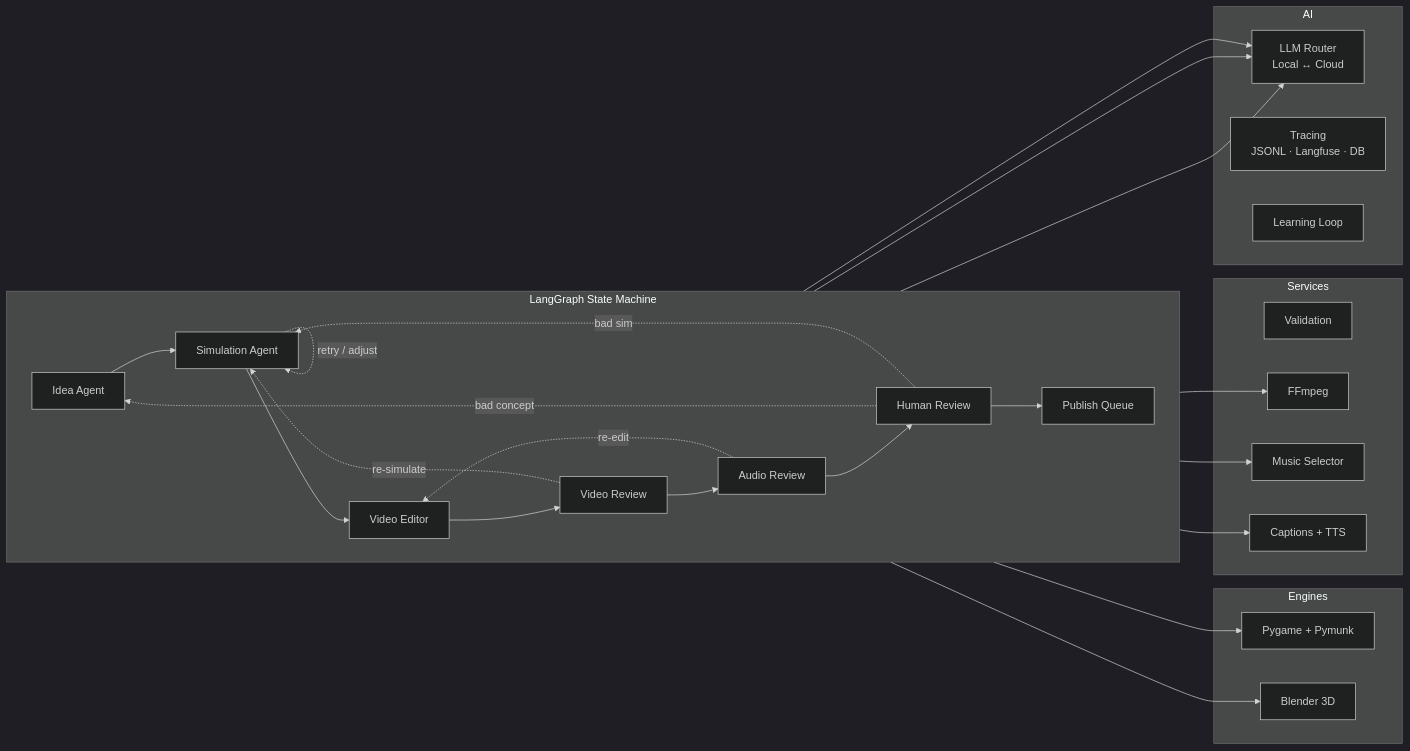
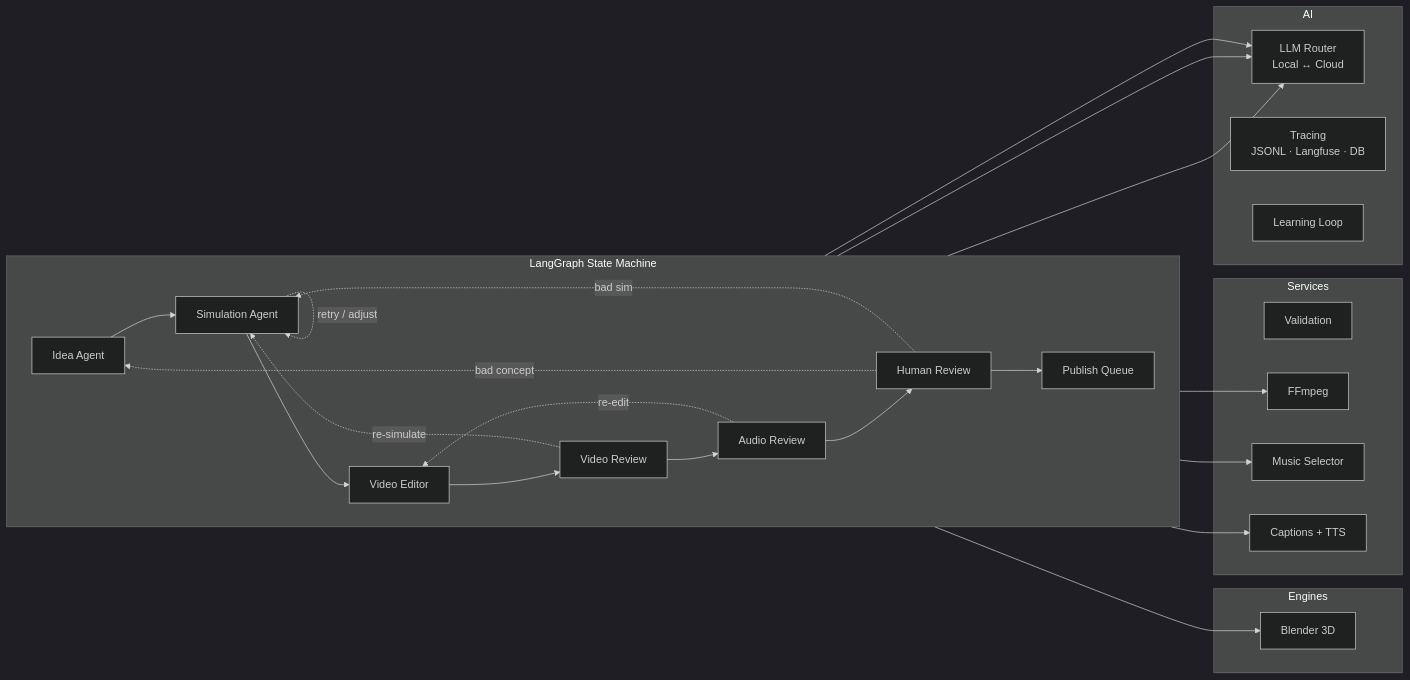
The diagram in README.md (thedebasser/kairos-agent), drawn with Mermaid (dark theme) before and after one commit. The commit also changed other lines of this file and 10 other files, not shown here.

````diff
--- a/README.md
+++ b/README.md
@@ -24,45 +24,43 @@
 ```mermaid
 graph LR
     subgraph Orchestrator["LangGraph State Machine"]
         direction LR
         IA[Idea Agent] --> SA[Simulation Agent]
         SA --> VE[Video Editor]
         VE --> VR[Video Review]
         VR --> AR[Audio Review]
         AR --> HR[Human Review]
         HR --> PQ[Publish Queue]
     end
 
     SA -. "retry / adjust" .-> SA
     VR -. "re-simulate" .-> SA
     AR -. "re-edit" .-> VE
     HR -. "bad concept" .-> IA
     HR -. "bad sim" .-> SA
 
     subgraph Engines
-        PM[Pygame + Pymunk]
         BL[Blender 3D]
     end
 
     subgraph Services
         VAL[Validation]
         FF[FFmpeg]
         MUS[Music Selector]
         CAP[Captions + TTS]
     end
 
     subgraph AI
         LLM[LLM Router<br/>Local ↔ Cloud]
         TR[Tracing<br/>JSONL · Langfuse · DB]
         LL[Learning Loop]
     end
 
-    SA --> PM
     SA --> BL
     VE --> FF
     VE --> MUS
     VE --> CAP
     IA --> LLM
     SA --> LLM
     VR --> LLM
 ```
````
